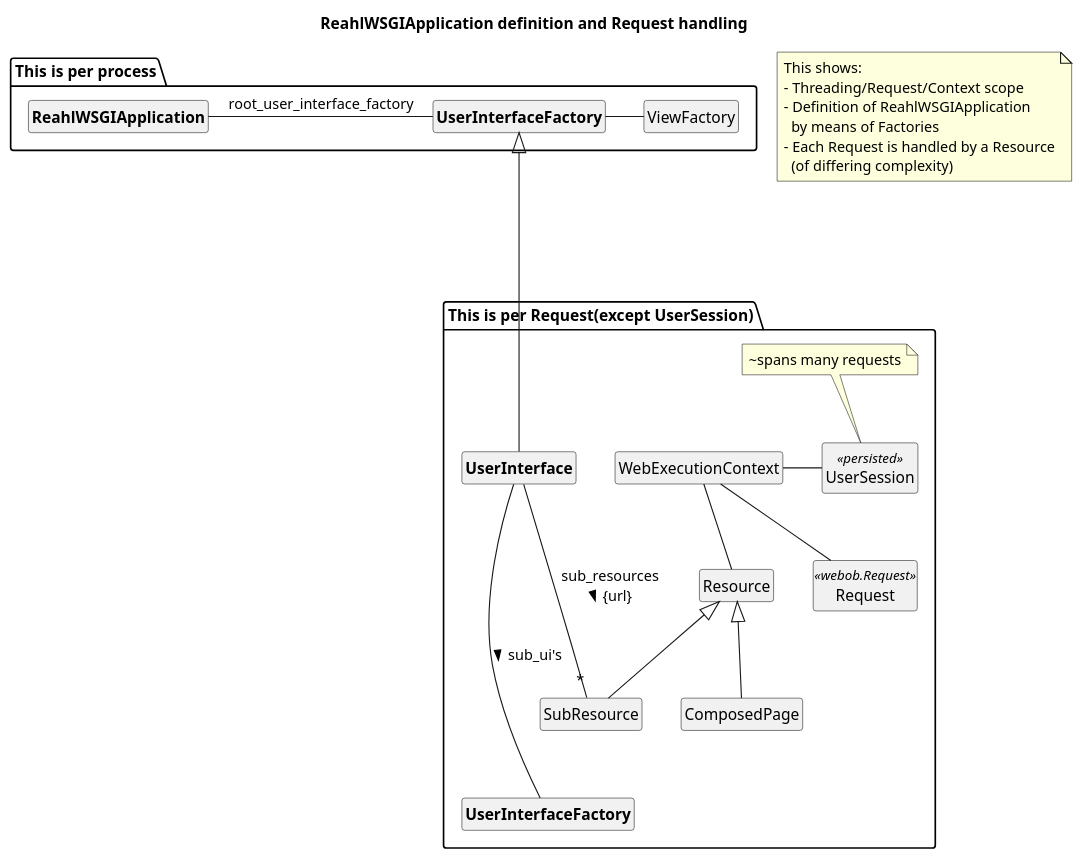
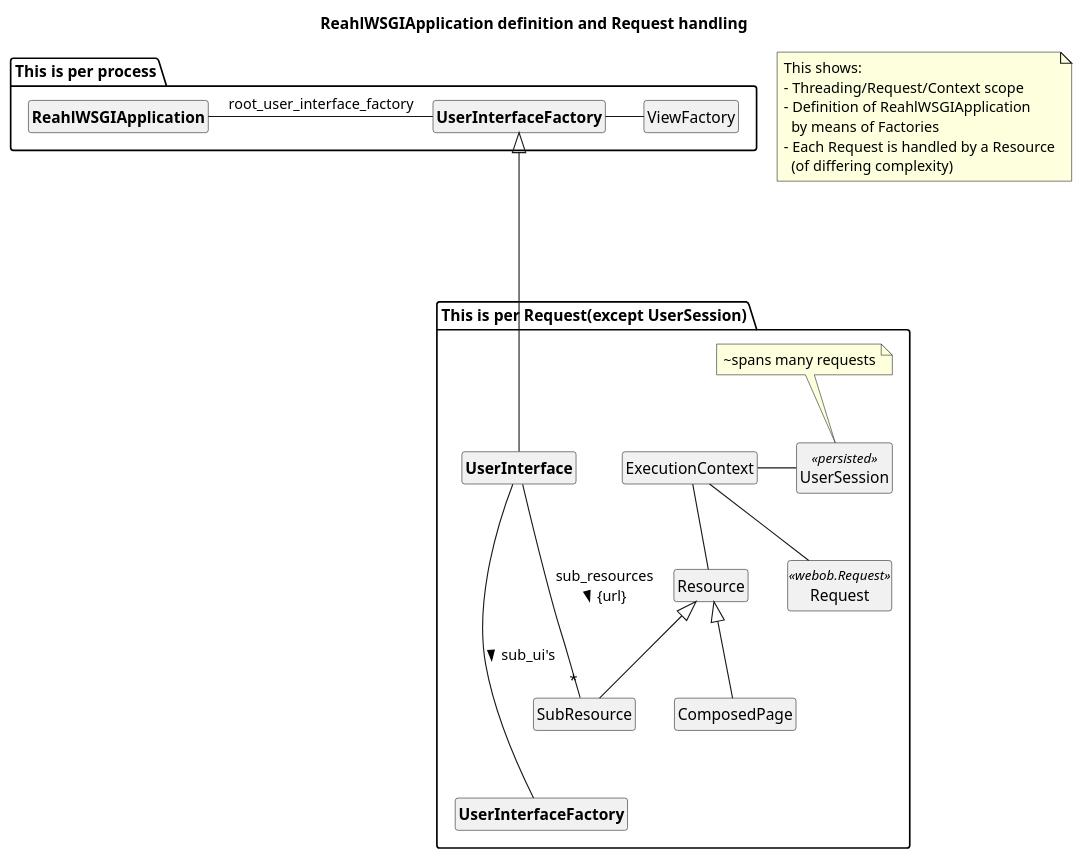
Before and after one commit to reahl/reahl: the diagram in reahl-web/reahl/web_dev/advanced/wsgi_app_and_request_handling.puml, drawn with PlantUML. The commit also changed 87 other files, not shown here.

Commit message:
Refactored WebExecutionContext away; Changed the way ExecutionContext is installed in the call stack

```diff
--- a/reahl-web/reahl/web_dev/advanced/wsgi_app_and_request_handling.puml
+++ b/reahl-web/reahl/web_dev/advanced/wsgi_app_and_request_handling.puml
@@ -1,52 +1,52 @@
 @startuml
 
 
 title ReahlWSGIApplication definition and Request handling
 
 hide members
 hide circle
 
 note as N1
 This shows:
 - Threading/Request/Context scope
 - Definition of ReahlWSGIApplication
   by means of Factories
 - Each Request is handled by a Resource
   (of differing complexity)
 end note
 
 package "This is per process" {
 
 class "<b>ReahlWSGIApplication</b>" as ReahlWSGIApplication
 class "<b>UserInterfaceFactory</b>" as UserInterfaceFactory
 
 ReahlWSGIApplication -right- UserInterfaceFactory :  root_user_interface_factory
 UserInterfaceFactory -right- ViewFactory
 }
 
 package "This is per Request(except UserSession)" {
 
 class "<b>UserInterface</b>" as UserInterface
 class "<b>UserInterfaceFactory</b>" as UserInterfaceFactory_
 
 UserInterfaceFactory <|---- UserInterface
 UserInterfaceFactory_ -up--- UserInterface : < sub_ui's
 
 Resource <|-- ComposedPage
 Resource <|-- SubResource
 
 UserInterface -down-- "*" SubResource : sub_resources\n {url} >
 
-WebExecutionContext -down- Resource
+ExecutionContext -down- Resource
 
 class Request <<webob.Request>>
 class UserSession <<persisted>>
 note top of UserSession : ~spans many requests
 
-UserSession -left- WebExecutionContext
-Request -up- WebExecutionContext
+UserSession -left- ExecutionContext
+Request -up- ExecutionContext
 
 }
 
 
 @enduml
```
